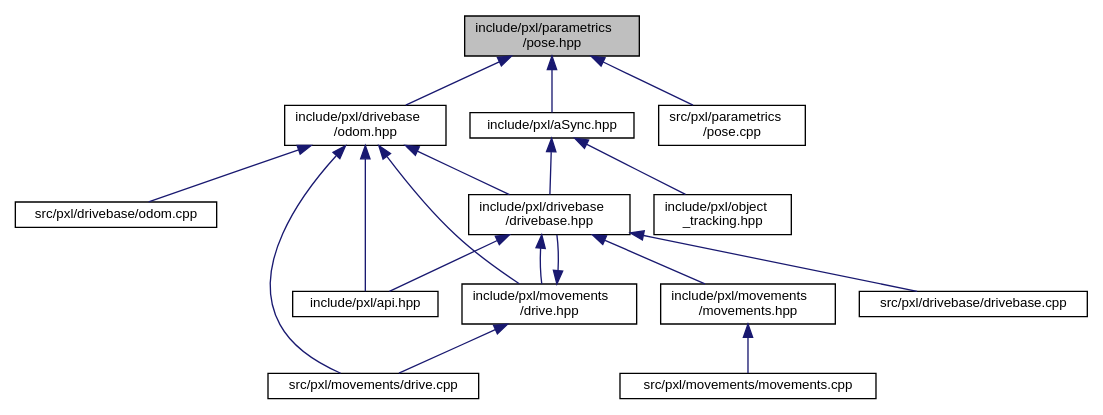
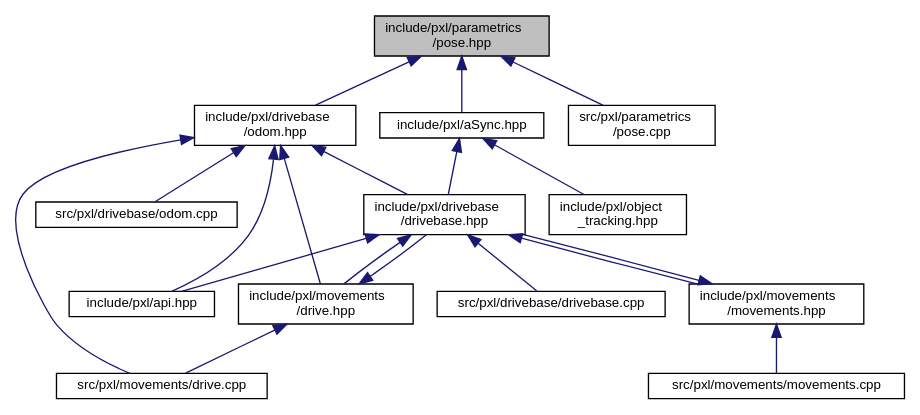
Before and after one commit to Pixel-Lib/Pixel: the diagram in pose_8hpp__dep__incl.dot, drawn with Graphviz. The commit also changed 29 other files, not shown here.

```diff
--- a/pose_8hpp__dep__incl.dot
+++ b/pose_8hpp__dep__incl.dot
@@ -1,36 +1,37 @@
 digraph "include/pxl/parametrics/pose.hpp"
 {
  // LATEX_PDF_SIZE
   edge [fontname="Helvetica",fontsize="10",labelfontname="Helvetica",labelfontsize="10"];
   node [fontname="Helvetica",fontsize="10",shape=record];
   Node1 [label="include/pxl/parametrics\l/pose.hpp",height=0.2,width=0.4,color="black", fillcolor="grey75", style="filled", fontcolor="black",tooltip=" "];
   Node1 -> Node2 [dir="back",color="midnightblue",fontsize="10",style="solid",fontname="Helvetica"];
   Node2 [label="include/pxl/aSync.hpp",height=0.2,width=0.4,color="black", fillcolor="white", style="filled",URL="$aSync_8hpp.html",tooltip=" "];
   Node2 -> Node3 [dir="back",color="midnightblue",fontsize="10",style="solid",fontname="Helvetica"];
   Node3 [label="include/pxl/drivebase\l/drivebase.hpp",height=0.2,width=0.4,color="black", fillcolor="white", style="filled",URL="$drivebase_8hpp.html",tooltip=" "];
   Node3 -> Node4 [dir="back",color="midnightblue",fontsize="10",style="solid",fontname="Helvetica"];
   Node4 [label="include/pxl/api.hpp",height=0.2,width=0.4,color="black", fillcolor="white", style="filled",URL="$api_8hpp.html",tooltip=" "];
   Node3 -> Node5 [dir="back",color="midnightblue",fontsize="10",style="solid",fontname="Helvetica"];
   Node5 [label="include/pxl/movements\l/drive.hpp",height=0.2,width=0.4,color="black", fillcolor="white", style="filled",URL="$drive_8hpp.html",tooltip=" "];
   Node5 -> Node3 [dir="back",color="midnightblue",fontsize="10",style="solid",fontname="Helvetica"];
   Node5 -> Node6 [dir="back",color="midnightblue",fontsize="10",style="solid",fontname="Helvetica"];
   Node6 [label="src/pxl/movements/drive.cpp",height=0.2,width=0.4,color="black", fillcolor="white", style="filled",URL="$drive_8cpp.html",tooltip=" "];
   Node3 -> Node7 [dir="back",color="midnightblue",fontsize="10",style="solid",fontname="Helvetica"];
   Node7 [label="include/pxl/movements\l/movements.hpp",height=0.2,width=0.4,color="black", fillcolor="white", style="filled",URL="$movements_8hpp.html",tooltip=" "];
+  Node7 -> Node3 [dir="back",color="midnightblue",fontsize="10",style="solid",fontname="Helvetica"];
   Node7 -> Node8 [dir="back",color="midnightblue",fontsize="10",style="solid",fontname="Helvetica"];
   Node8 [label="src/pxl/movements/movements.cpp",height=0.2,width=0.4,color="black", fillcolor="white", style="filled",URL="$movements_8cpp.html",tooltip=" "];
   Node3 -> Node9 [dir="back",color="midnightblue",fontsize="10",style="solid",fontname="Helvetica"];
   Node9 [label="src/pxl/drivebase/drivebase.cpp",height=0.2,width=0.4,color="black", fillcolor="white", style="filled",URL="$drivebase_8cpp.html",tooltip=" "];
   Node2 -> Node10 [dir="back",color="midnightblue",fontsize="10",style="solid",fontname="Helvetica"];
   Node10 [label="include/pxl/object\l_tracking.hpp",height=0.2,width=0.4,color="black", fillcolor="white", style="filled",URL="$object__tracking_8hpp.html",tooltip=" "];
   Node1 -> Node11 [dir="back",color="midnightblue",fontsize="10",style="solid",fontname="Helvetica"];
   Node11 [label="include/pxl/drivebase\l/odom.hpp",height=0.2,width=0.4,color="black", fillcolor="white", style="filled",URL="$odom_8hpp.html",tooltip=" "];
   Node11 -> Node4 [dir="back",color="midnightblue",fontsize="10",style="solid",fontname="Helvetica"];
   Node11 -> Node3 [dir="back",color="midnightblue",fontsize="10",style="solid",fontname="Helvetica"];
   Node11 -> Node5 [dir="back",color="midnightblue",fontsize="10",style="solid",fontname="Helvetica"];
   Node11 -> Node12 [dir="back",color="midnightblue",fontsize="10",style="solid",fontname="Helvetica"];
   Node12 [label="src/pxl/drivebase/odom.cpp",height=0.2,width=0.4,color="black", fillcolor="white", style="filled",URL="$odom_8cpp.html",tooltip=" "];
   Node11 -> Node6 [dir="back",color="midnightblue",fontsize="10",style="solid",fontname="Helvetica"];
   Node1 -> Node13 [dir="back",color="midnightblue",fontsize="10",style="solid",fontname="Helvetica"];
   Node13 [label="src/pxl/parametrics\l/pose.cpp",height=0.2,width=0.4,color="black", fillcolor="white", style="filled",URL="$pose_8cpp.html",tooltip=" "];
 }
```
